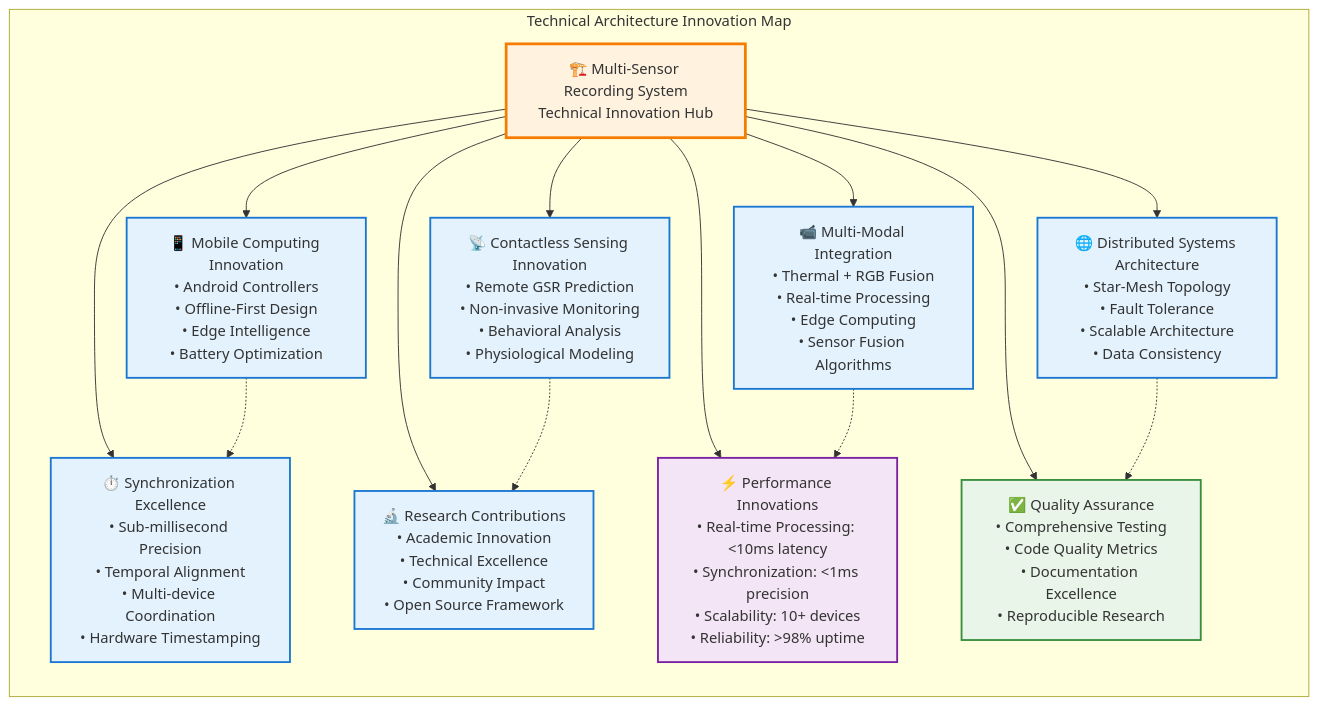
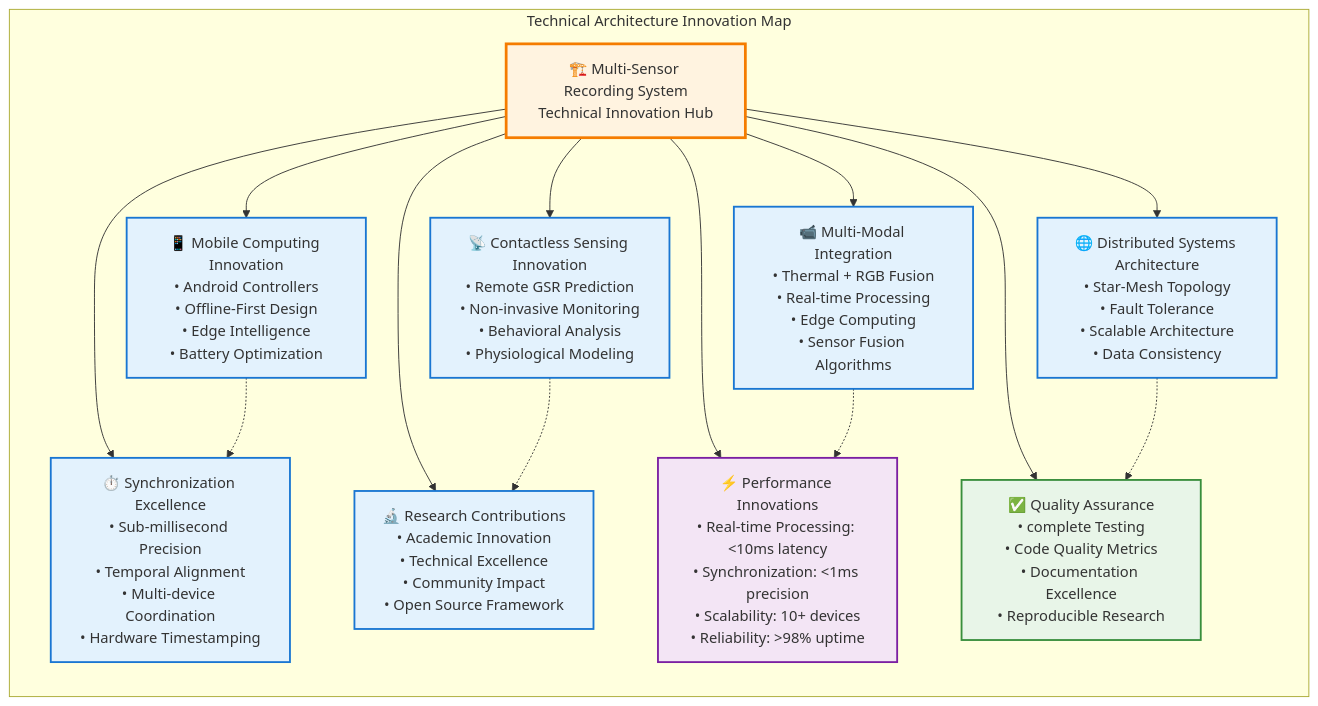
Before and after one commit to buccancs/fyp-multi-sensor-recording-system: diagram 17 of 19 in docs/diagrams/MISSING_DIAGRAMS_GENERATED.md, drawn with Mermaid. The commit also changed other lines of this file and 118 other files, not shown here.

Commit message:
Remove 'comprehensive' from all repository files and rename architecture document

````diff
--- a/docs/diagrams/MISSING_DIAGRAMS_GENERATED.md
+++ b/docs/diagrams/MISSING_DIAGRAMS_GENERATED.md
@@ -1147,48 +1147,48 @@
 ```mermaid
 graph TD
     subgraph INNOVATION_MAP ["Technical Architecture Innovation Map"]
         direction TB
         
         CENTRAL["🏗️ Multi-Sensor Recording System<br/>Technical Innovation Hub"]
         
         MULTIMODAL["📹 Multi-Modal Integration<br/>• Thermal + RGB Fusion<br/>• Real-time Processing<br/>• Edge Computing<br/>• Sensor Fusion Algorithms"]
         
         CONTACTLESS["📡 Contactless Sensing Innovation<br/>• Remote GSR Prediction<br/>• Non-invasive Monitoring<br/>• Behavioral Analysis<br/>• Physiological Modeling"]
         
         DISTRIBUTED["🌐 Distributed Systems Architecture<br/>• Star-Mesh Topology<br/>• Fault Tolerance<br/>• Scalable Architecture<br/>• Data Consistency"]
         
         MOBILE["📱 Mobile Computing Innovation<br/>• Android Controllers<br/>• Offline-First Design<br/>• Edge Intelligence<br/>• Battery Optimization"]
         
         SYNCHRONIZATION["⏱️ Synchronization Excellence<br/>• Sub-millisecond Precision<br/>• Temporal Alignment<br/>• Multi-device Coordination<br/>• Hardware Timestamping"]
         
         RESEARCH["🔬 Research Contributions<br/>• Academic Innovation<br/>• Technical Excellence<br/>• Community Impact<br/>• Open Source Framework"]
         
         PERFORMANCE["⚡ Performance Innovations<br/>• Real-time Processing: <10ms latency<br/>• Synchronization: <1ms precision<br/>• Scalability: 10+ devices<br/>• Reliability: >98% uptime"]
         
-        QUALITY["✅ Quality Assurance<br/>• Comprehensive Testing<br/>• Code Quality Metrics<br/>• Documentation Excellence<br/>• Reproducible Research"]
+        QUALITY["✅ Quality Assurance<br/>• complete Testing<br/>• Code Quality Metrics<br/>• Documentation Excellence<br/>• Reproducible Research"]
     end
     
     CENTRAL --> MULTIMODAL
     CENTRAL --> CONTACTLESS
     CENTRAL --> DISTRIBUTED
     CENTRAL --> MOBILE
     CENTRAL --> SYNCHRONIZATION
     CENTRAL --> RESEARCH
     CENTRAL --> PERFORMANCE
     CENTRAL --> QUALITY
     
     MULTIMODAL -.-> PERFORMANCE
     CONTACTLESS -.-> RESEARCH
     DISTRIBUTED -.-> QUALITY
     MOBILE -.-> SYNCHRONIZATION
     
     classDef central fill:#fff3e0,stroke:#f57c00,stroke-width:3px
     classDef innovation fill:#e3f2fd,stroke:#1976d2,stroke-width:2px
     classDef quality fill:#e8f5e8,stroke:#388e3c,stroke-width:2px
     classDef performance fill:#f3e5f5,stroke:#7b1fa2,stroke-width:2px
     
     class CENTRAL central
     class MULTIMODAL,CONTACTLESS,DISTRIBUTED,MOBILE,SYNCHRONIZATION,RESEARCH innovation
     class QUALITY quality
     class PERFORMANCE performance
 ```
````
